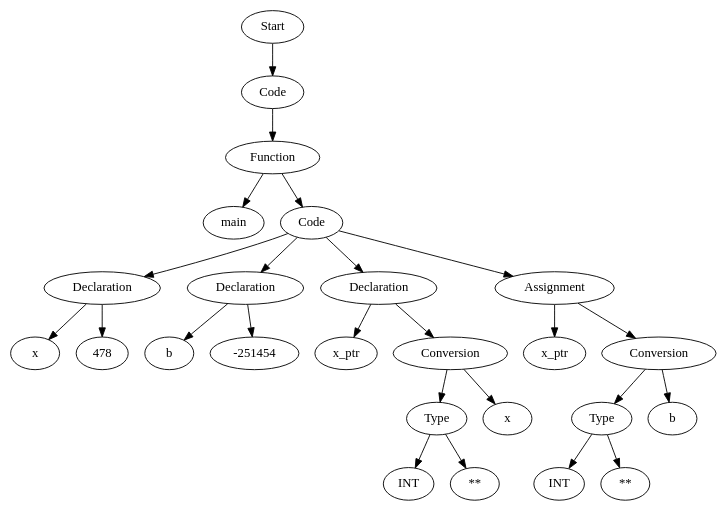
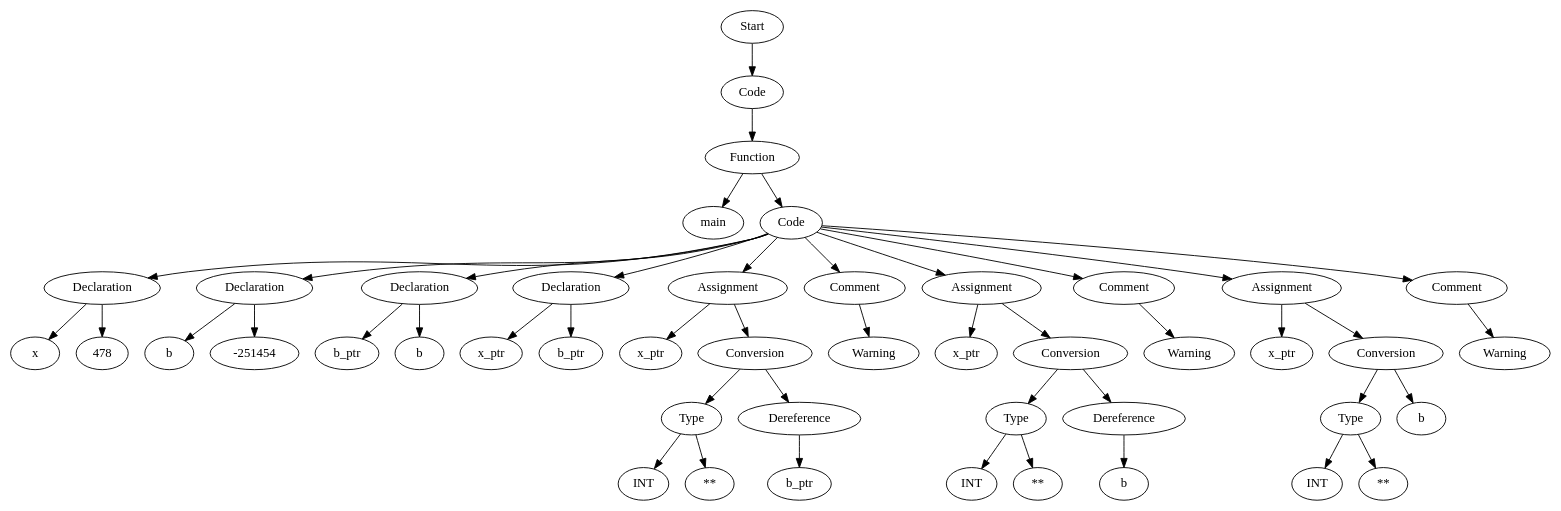
Before and after one commit to Are-you-listening/Compilers: the diagram in src/TestFiles/ASTTests/SemanticErrorsTests/CreateTests/read_file_after.dot, drawn with Graphviz. The commit also changed 22 other files, not shown here.

```diff
--- a/src/TestFiles/ASTTests/SemanticErrorsTests/CreateTests/read_file_after.dot
+++ b/src/TestFiles/ASTTests/SemanticErrorsTests/CreateTests/read_file_after.dot
@@ -1,51 +1,93 @@
 digraph AST {
-  "126744422427248" [label="Start"];
-  "126744422427248" -> "126744422429504";
-  "126744422429504" [label="Code"];
-  "126744422429504" -> "126744422429648";
-  "126744422429648" [label="Function"];
-  "126744422429648" -> "126744422429792";
-  "126744422429648" -> "126744422429840";
-  "126744422429792" [label="main"];
-  "126744422429840" [label="Code"];
-  "126744422429840" -> "126744422429984";
-  "126744422429840" -> "126744422430080";
-  "126744422429840" -> "126744422430272";
-  "126744422429840" -> "126744422430464";
-  "126744422429984" [label="Declaration"];
-  "126744422429984" -> "126744422430128";
-  "126744422429984" -> "126744422430176";
-  "126744422430128" [label="x"];
-  "126744422430176" [label="478"];
-  "126744422430080" [label="Declaration"];
-  "126744422430080" -> "126744422430320";
-  "126744422430080" -> "126744422430368";
-  "126744422430320" [label="b"];
-  "126744422430368" [label="-251454"];
-  "126744422430272" [label="Declaration"];
-  "126744422430272" -> "126744422430512";
-  "126744422430272" -> "126744422430560";
-  "126744422430512" [label="x_ptr"];
-  "126744422430560" [label="Conversion"];
-  "126744422430560" -> "126744422430704";
-  "126744422430560" -> "126744422430800";
-  "126744422430704" [label="Type"];
-  "126744422430704" -> "126744422430848";
-  "126744422430704" -> "126744422430896";
-  "126744422430848" [label="INT"];
-  "126744422430896" [label="**"];
-  "126744422430800" [label="x"];
-  "126744422430464" [label="Assignment"];
-  "126744422430464" -> "126744422430992";
-  "126744422430464" -> "126744422431040";
-  "126744422430992" [label="x_ptr"];
-  "126744422431040" [label="Conversion"];
-  "126744422431040" -> "126744422431184";
-  "126744422431040" -> "126744422431280";
-  "126744422431184" [label="Type"];
-  "126744422431184" -> "126744422431328";
-  "126744422431184" -> "126744422431376";
-  "126744422431328" [label="INT"];
-  "126744422431376" [label="**"];
-  "126744422431280" [label="b"];
+  "128432577245008" [label="Start"];
+  "128432577245008" -> "128432577247600";
+  "128432577247600" [label="Code"];
+  "128432577247600" -> "128432577249088";
+  "128432577249088" [label="Function"];
+  "128432577249088" -> "128432577248944";
+  "128432577249088" -> "128432577248896";
+  "128432577248944" [label="main"];
+  "128432577248896" [label="Code"];
+  "128432577248896" -> "128432577248752";
+  "128432577248896" -> "128432577248656";
+  "128432577248896" -> "128432577248464";
+  "128432577248896" -> "128432577248272";
+  "128432577248896" -> "128432577248080";
+  "128432577248896" -> "128432577247888";
+  "128432577248896" -> "128432577242800";
+  "128432577248896" -> "128432577242608";
+  "128432577248896" -> "128432577242080";
+  "128432577248896" -> "128432577241888";
+  "128432577248752" [label="Declaration"];
+  "128432577248752" -> "128432577248608";
+  "128432577248752" -> "128432577248560";
+  "128432577248608" [label="x"];
+  "128432577248560" [label="478"];
+  "128432577248656" [label="Declaration"];
+  "128432577248656" -> "128432577248416";
+  "128432577248656" -> "128432577248368";
+  "128432577248416" [label="b"];
+  "128432577248368" [label="-251454"];
+  "128432577248464" [label="Declaration"];
+  "128432577248464" -> "128432577248224";
+  "128432577248464" -> "128432577248176";
+  "128432577248224" [label="b_ptr"];
+  "128432577248176" [label="b"];
+  "128432577248272" [label="Declaration"];
+  "128432577248272" -> "128432577248032";
+  "128432577248272" -> "128432577247984";
+  "128432577248032" [label="x_ptr"];
+  "128432577247984" [label="b_ptr"];
+  "128432577248080" [label="Assignment"];
+  "128432577248080" -> "128432577247840";
+  "128432577248080" -> "128432577247792";
+  "128432577247840" [label="x_ptr"];
+  "128432577247792" [label="Conversion"];
+  "128432577247792" -> "128432577247648";
+  "128432577247792" -> "128432577242992";
+  "128432577247648" [label="Type"];
+  "128432577247648" -> "128432577242944";
+  "128432577247648" -> "128432577242896";
+  "128432577242944" [label="INT"];
+  "128432577242896" [label="**"];
+  "128432577242992" [label="Dereference"];
+  "128432577242992" -> "128432577242752";
+  "128432577242752" [label="b_ptr"];
+  "128432577247888" [label="Comment"];
+  "128432577247888" -> "128432577242704";
+  "128432577242704" [label="Warning"];
+  "128432577242800" [label="Assignment"];
+  "128432577242800" -> "128432577242560";
+  "128432577242800" -> "128432577242512";
+  "128432577242560" [label="x_ptr"];
+  "128432577242512" [label="Conversion"];
+  "128432577242512" -> "128432577242368";
+  "128432577242512" -> "128432577242272";
+  "128432577242368" [label="Type"];
+  "128432577242368" -> "128432577242224";
+  "128432577242368" -> "128432577242176";
+  "128432577242224" [label="INT"];
+  "128432577242176" [label="**"];
+  "128432577242272" [label="Dereference"];
+  "128432577242272" -> "128432577242032";
+  "128432577242032" [label="b"];
+  "128432577242608" [label="Comment"];
+  "128432577242608" -> "128432577241984";
+  "128432577241984" [label="Warning"];
+  "128432577242080" [label="Assignment"];
+  "128432577242080" -> "128432577241840";
+  "128432577242080" -> "128432577241792";
+  "128432577241840" [label="x_ptr"];
+  "128432577241792" [label="Conversion"];
+  "128432577241792" -> "128432577241648";
+  "128432577241792" -> "128432577241552";
+  "128432577241648" [label="Type"];
+  "128432577241648" -> "128432577241504";
+  "128432577241648" -> "128432577241456";
+  "128432577241504" [label="INT"];
+  "128432577241456" [label="**"];
+  "128432577241552" [label="b"];
+  "128432577241888" [label="Comment"];
+  "128432577241888" -> "128432577241360";
+  "128432577241360" [label="Warning"];
 }
```
